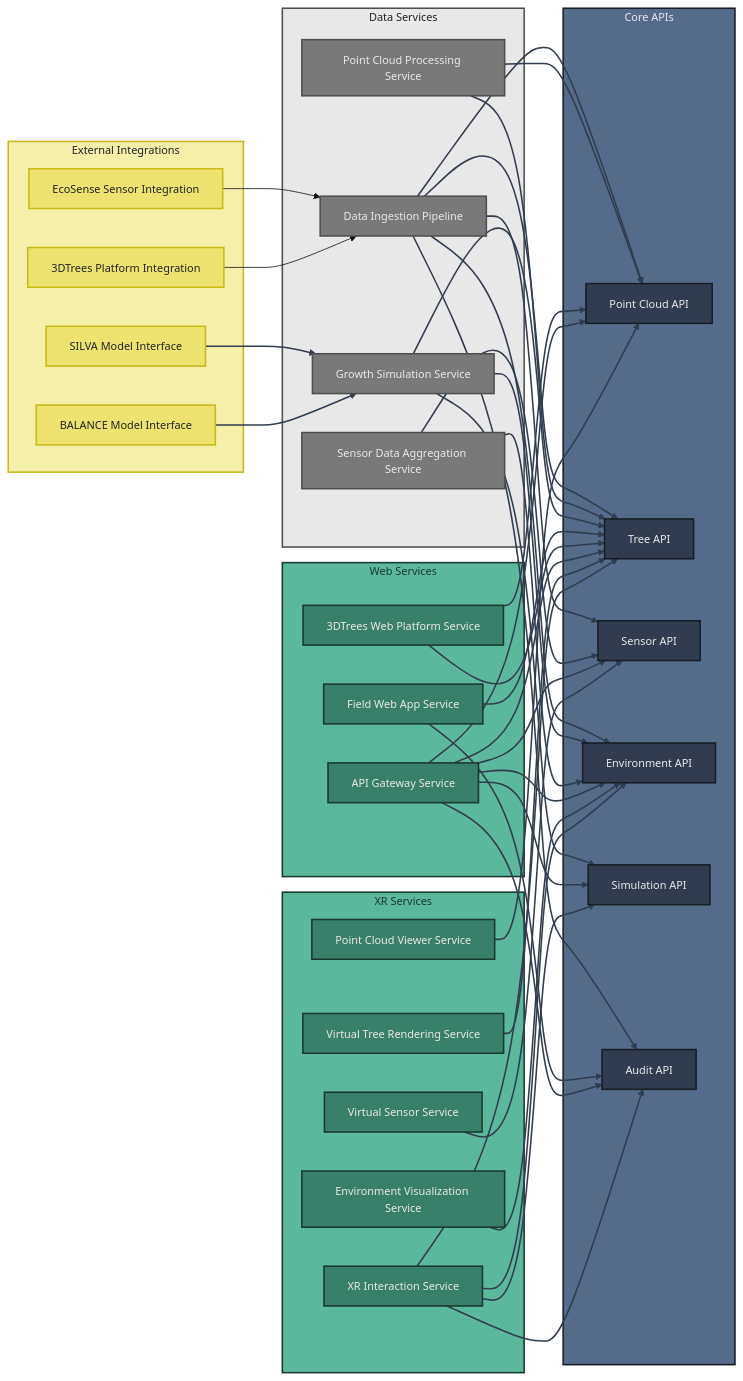
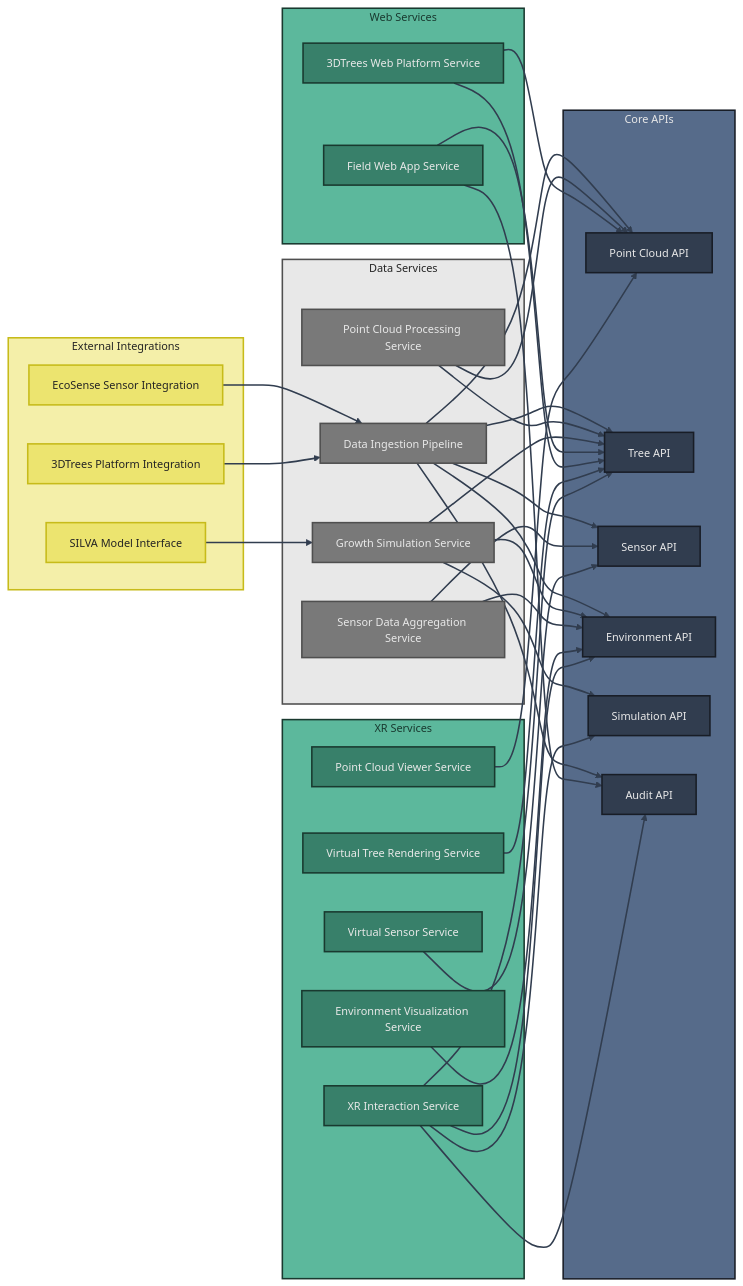
The diagram in docs/architecture/services.md (XRFutureForests/digital-twin-db), drawn with Mermaid before and after one commit. The commit also changed other lines of this file and 5 other files, not shown here.

````diff
--- a/docs/architecture/services.md
+++ b/docs/architecture/services.md
@@ -35,7 +35,6 @@
 subgraph WEB_SERVICES["Web Services"]
 WS1[Field Web App Service]
 WS2[3DTrees Web Platform Service]
-WS3[API Gateway Service]
 end
 
 subgraph XR_SERVICES["XR Services"]
@@ -48,7 +47,6 @@
 
 subgraph EXTERNAL_SERVICES["External Integrations"]
 ES1[SILVA Model Interface]
-ES2[BALANCE Model Interface]
 ES3[EcoSense Sensor Integration]
 ES4[3DTrees Platform Integration]
 end
@@ -72,12 +70,6 @@
 WS1 --> API6
 WS2 --> API1
 WS2 --> API2
-WS3 --> API1
-WS3 --> API2
-WS3 --> API3
-WS3 --> API4
-WS3 --> API5
-WS3 --> API6
 
 %% XR Services connections
 XS1 --> API2
@@ -91,7 +83,6 @@
 
 %% External integrations
 ES1 --> DS3
-ES2 --> DS3
 ES3 --> DS1
 ES4 --> DS1
 
@@ -114,11 +105,11 @@
 class DATA_SERVICES dataServices
 class DS1,DS2,DS3,DS4 dataNode
 class WEB_SERVICES webServices
-class WS1,WS2,WS3 webNode
+class WS1,WS2 webNode
 class XR_SERVICES xrServices
 class XS1,XS2,XS3,XS4,XS5 xrNode
 class EXTERNAL_SERVICES externalServices
-class ES1,ES2,ES3,ES4 externalNode
+class ES1,ES3,ES4 externalNode
 
-linkStyle 0,1,2,3,4,5,6,7,8,9,10,11,12,13,14,15,16,17,18,19,20,21,22,23,24,25,26,27,28,29,30,31 stroke:#313D4F,stroke-width:2px
+linkStyle 0,1,2,3,4,5,6,7,8,9,10,11,12,13,14,15,16,17,18,19,20,21,22,23,24,25,26 stroke:#313D4F,stroke-width:2px
 ```
````
